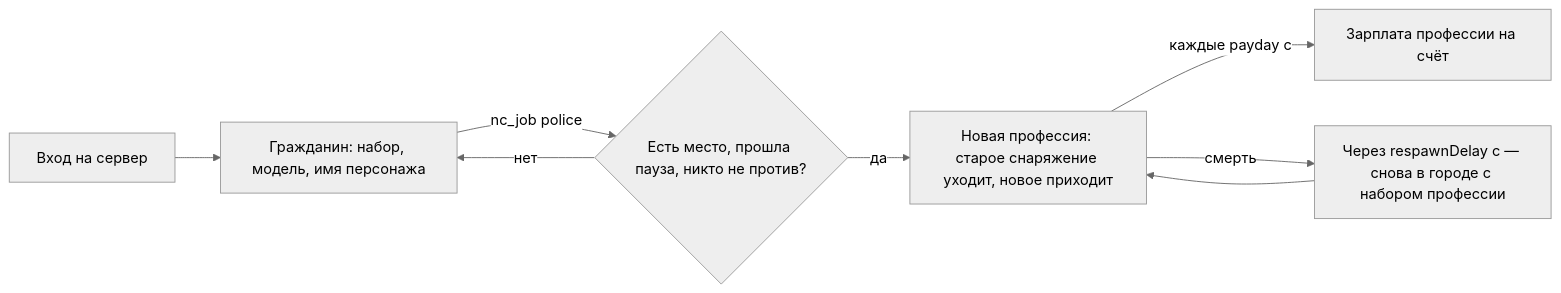
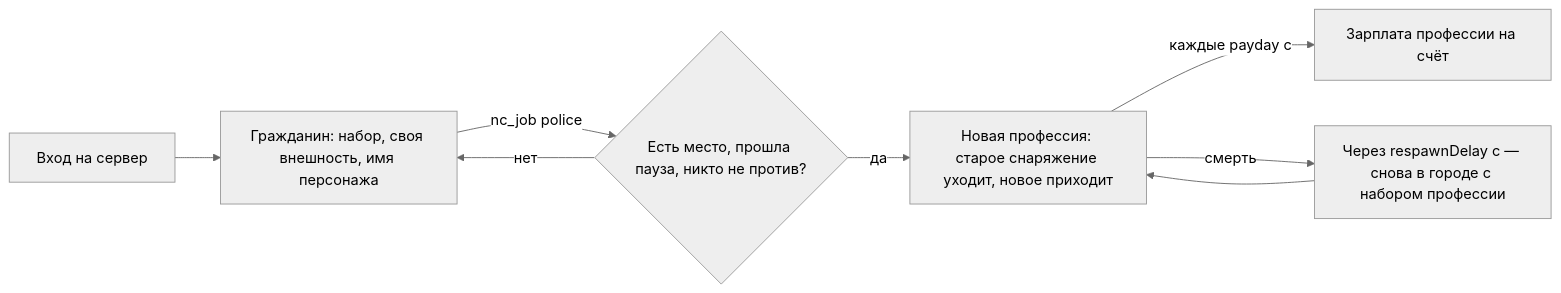
Before and after one commit to vovawees/Next-City: the diagram in lua/nextcity/modules/mode_city/README.md, drawn with Mermaid (neutral theme). The commit also changed other lines of this file and 36 other files, not shown here.

````diff
--- a/lua/nextcity/modules/mode_city/README.md
+++ b/lua/nextcity/modules/mode_city/README.md
@@ -15,10 +15,10 @@
 ```mermaid
 flowchart LR
-	J["Вход на сервер"] --> C["Гражданин: набор, модель, имя персонажа"]
+	J["Вход на сервер"] --> C["Гражданин: набор, своя внешность, имя персонажа"]
 	C -->|"nc_job police"| P{"Есть место, прошла пауза, никто не против?"}
 	P -->|"да"| N["Новая профессия: старое снаряжение уходит, новое приходит"]
 	P -->|"нет"| C
 	N -->|"каждые payday с"| S["Зарплата профессии на счёт"]
 	N -->|"смерть"| R["Через respawnDelay с — снова в городе с набором профессии"]
 	R --> N
 ```
````
